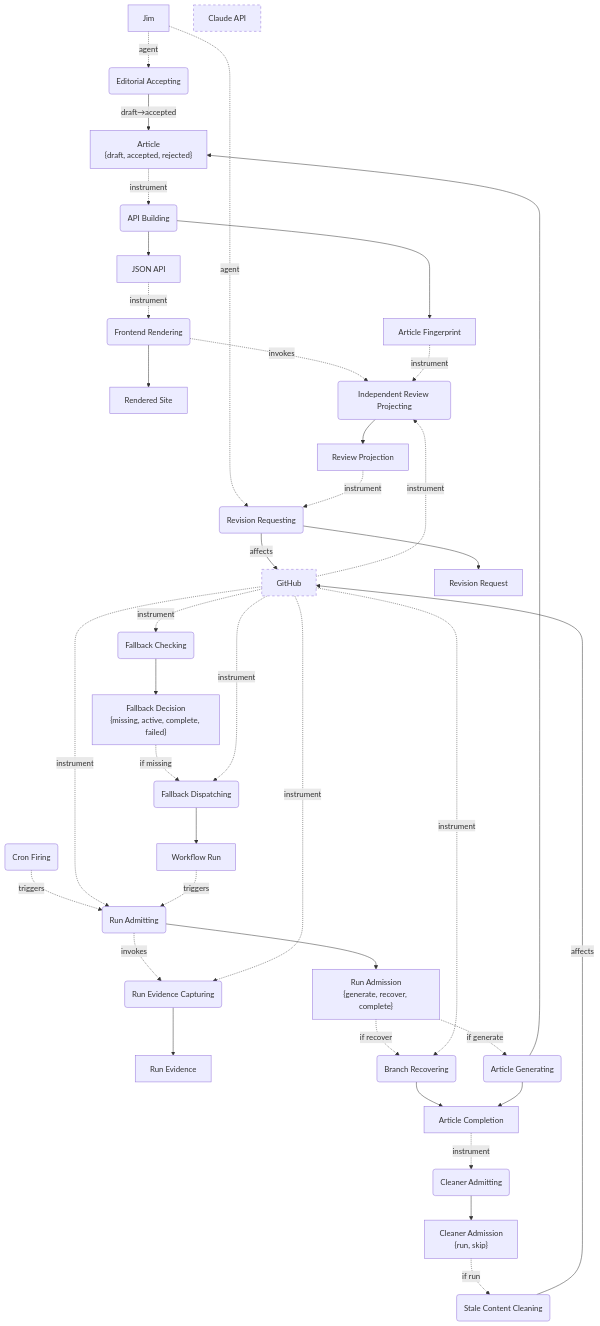
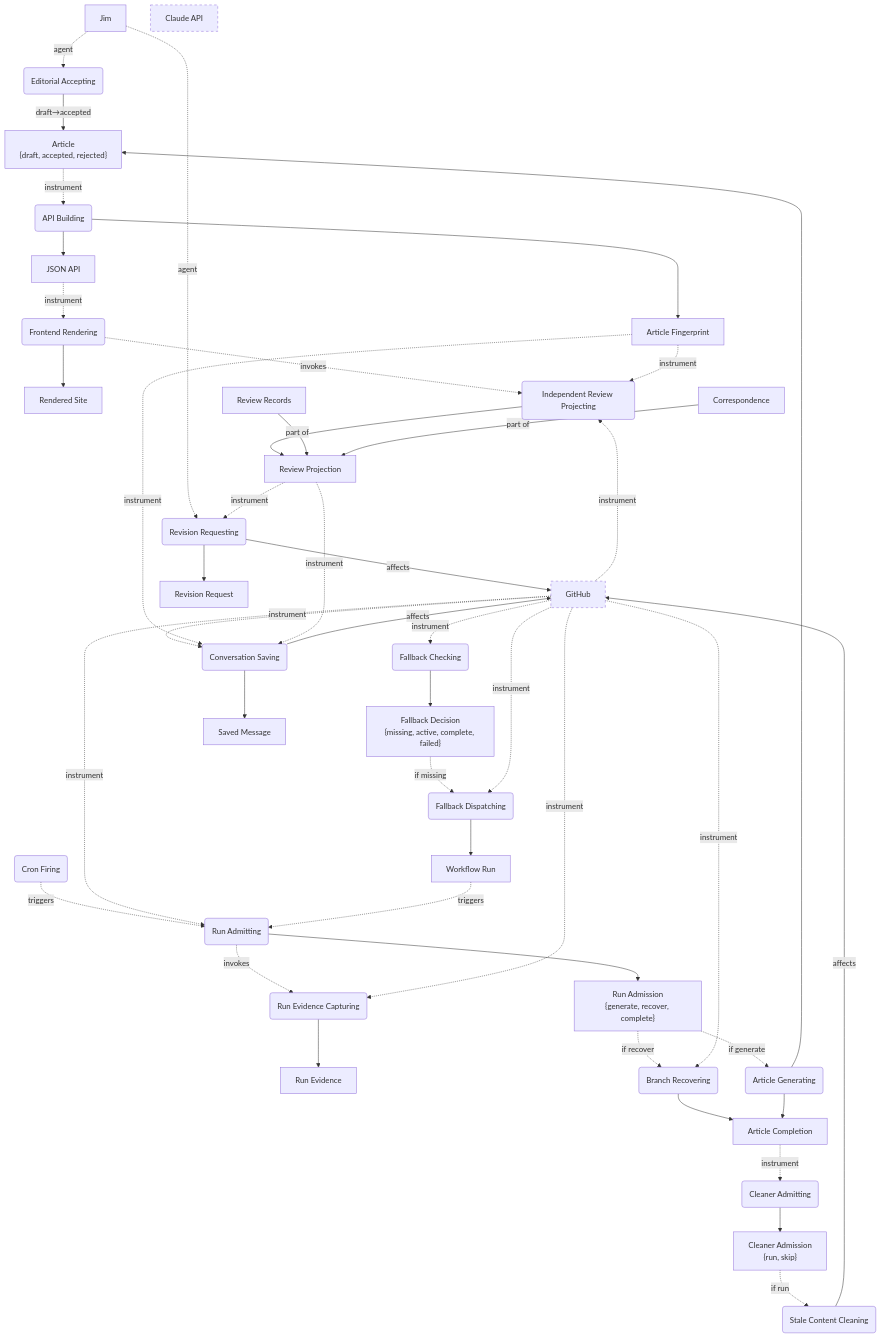
Before and after one commit to ojfbot/daily-logger: the first of 2 diagrams in opm/system.md, drawn with Mermaid. The commit also changed other lines of this file and 28 other files, not shown here.

Commit message:
wip: checkpoint proposed review and persistent correspondence repair

````diff
--- a/opm/system.md
+++ b/opm/system.md
@@ -37,6 +37,11 @@
   ReviewProjection["Review Projection"]
   RevisionRequesting("Revision Requesting")
   RevisionRequest["Revision Request"]
+
+  ConversationSaving("Conversation Saving")
+  SavedMessage["Saved Message"]
+  ReviewRecords["Review Records"]
+  Correspondence["Correspondence"]
 
   style GitHub stroke-dasharray: 5 5
   style ClaudeAPI stroke-dasharray: 5 5
@@ -78,4 +83,11 @@
   ReviewProjection -. instrument .-> RevisionRequesting
   RevisionRequesting --> RevisionRequest
   RevisionRequesting -- affects --> GitHub
+  GitHub -. instrument .-> ConversationSaving
+  ArticleFingerprint -. instrument .-> ConversationSaving
+  ReviewProjection -. instrument .-> ConversationSaving
+  ConversationSaving --> SavedMessage
+  ConversationSaving -- affects --> GitHub
+  ReviewRecords -- part of --> ReviewProjection
+  Correspondence -- part of --> ReviewProjection
 ```
````
